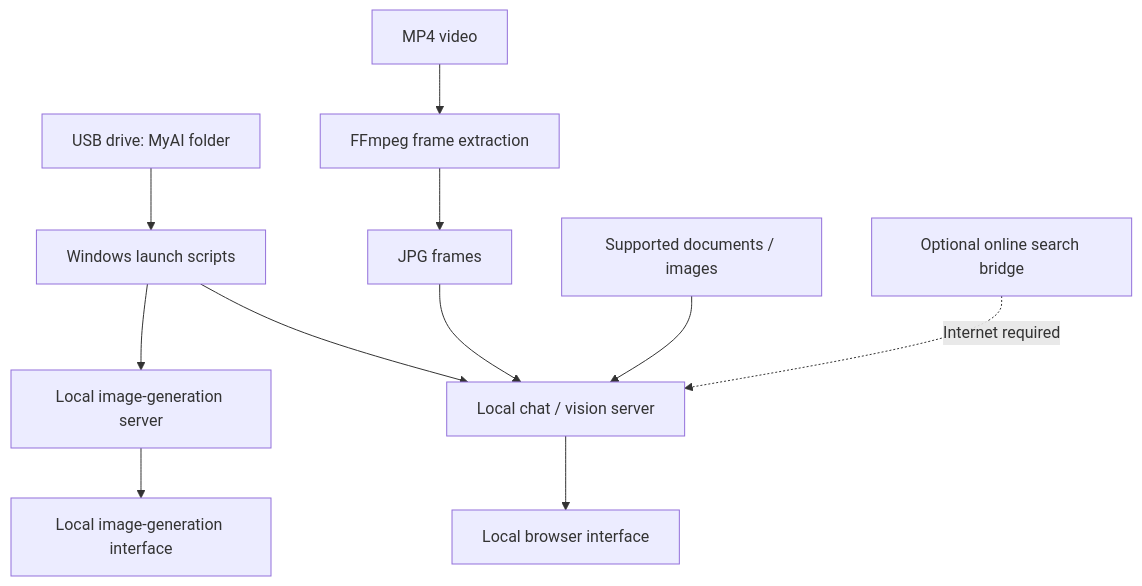
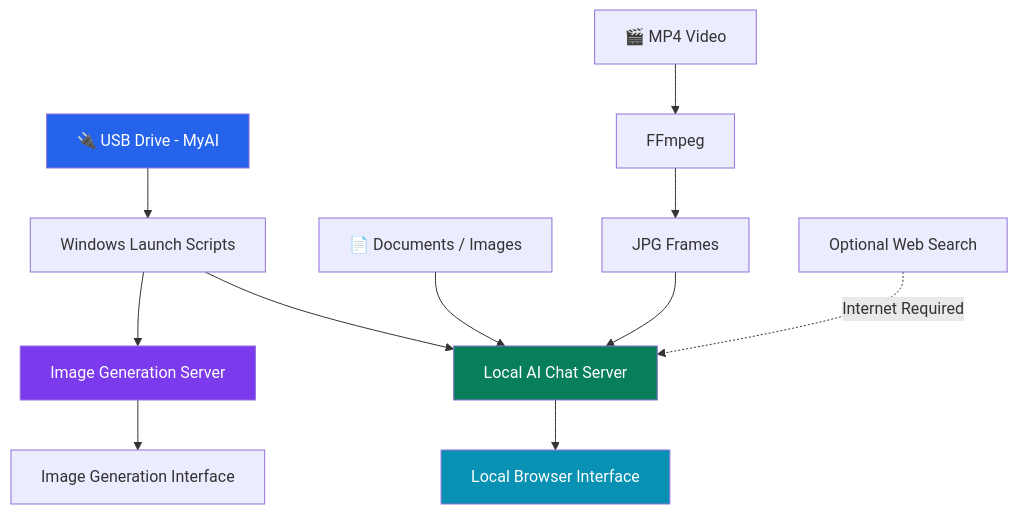
One commit to iamvny/Portable-All-in-One-Offline-AI changed the diagram in README.md. Above: the diagram before and after it, drawn with Mermaid. The commit also changed other lines of this file, not shown here.

````diff
--- a/README.md
+++ b/README.md
@@ -42,14 +129,23 @@
 ```mermaid
 flowchart TD
-    USB["USB drive: MyAI folder"]
-    USB --> LAUNCH["Windows launch scripts"]
-    LAUNCH --> CHAT["Local chat / vision server"]
-    LAUNCH --> IMAGE["Local image-generation server"]
-    VIDEO["MP4 video"] --> FFMPEG["FFmpeg frame extraction"]
-    FFMPEG --> FRAMES["JPG frames"]
-    FRAMES --> CHAT
-    DOCS["Supported documents / images"] --> CHAT
-    CHAT --> BROWSER["Local browser interface"]
-    IMAGE --> BROWSER2["Local image-generation interface"]
-    WEB["Optional online search bridge"] -. "Internet required" .-> CHAT
+    A["🔌 USB Drive - MyAI"] --> B["Windows Launch Scripts"]
+
+    B --> C["Local AI Chat Server"]
+    B --> D["Image Generation Server"]
+
+    C --> E["Local Browser Interface"]
+    D --> F["Image Generation Interface"]
+
+    G["📄 Documents / Images"] --> C
+
+    H["🎬 MP4 Video"] --> I["FFmpeg"]
+    I --> J["JPG Frames"]
+    J --> C
+
+    K["Optional Web Search"] -. "Internet Required" .-> C
+
+    style A fill:#2563eb,color:#fff
+    style C fill:#087f5b,color:#fff
+    style D fill:#7c3aed,color:#fff
+    style E fill:#0891b2,color:#fff
 ```
````
